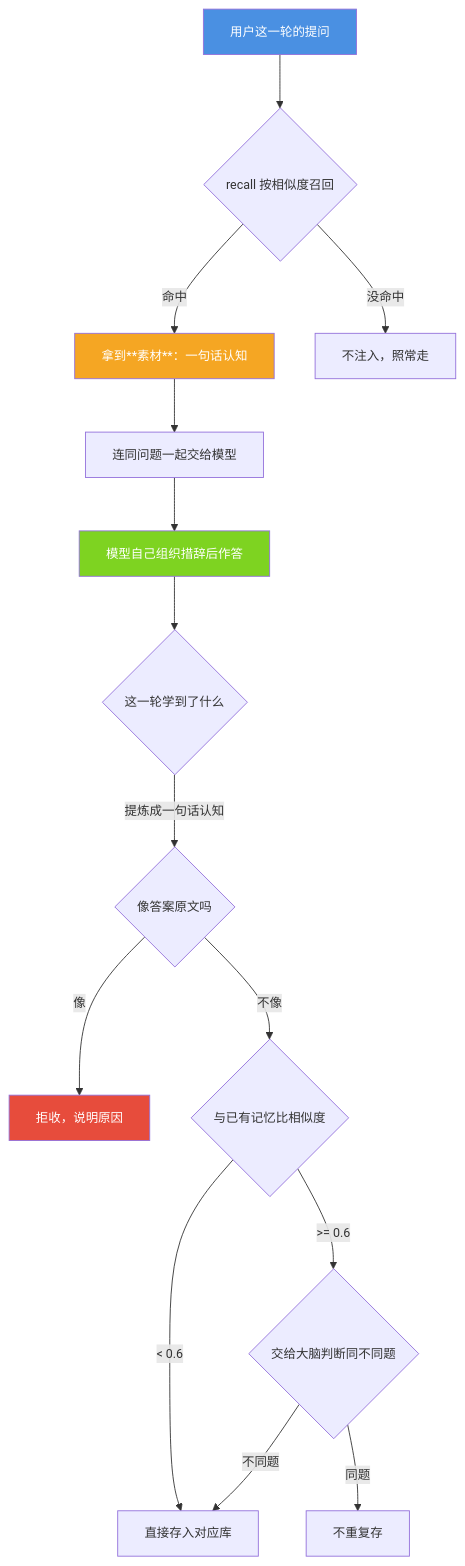
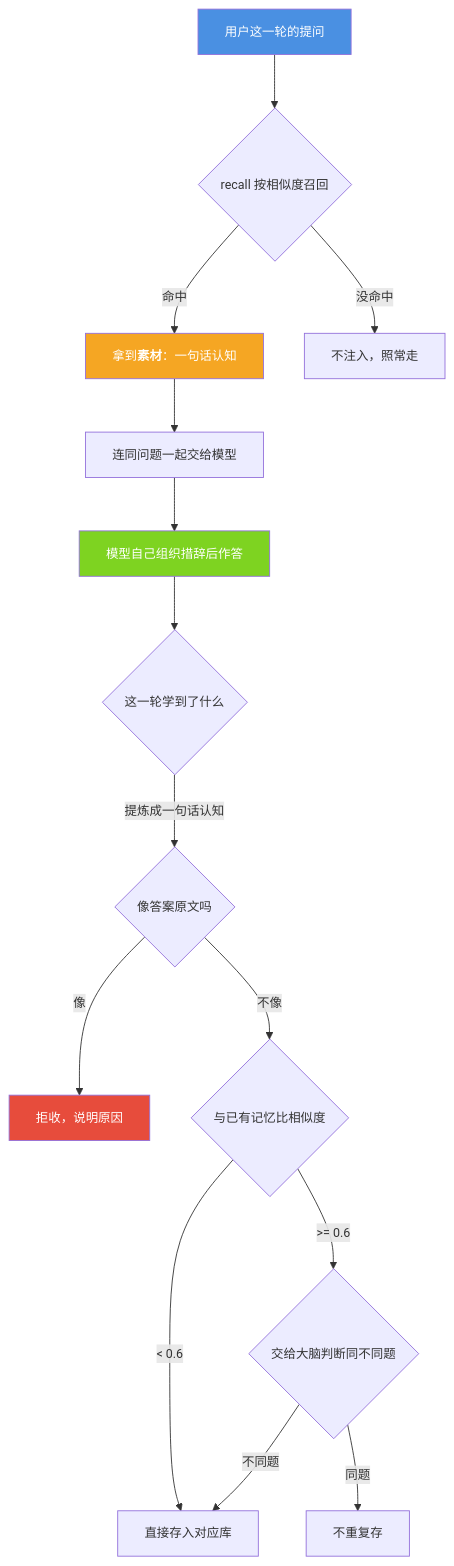
The diagram in docs/spirit-memory.md (jiangchuangege/xiaojiao-harnees), drawn with Mermaid before and after one commit. The commit also changed 18 other files, not shown here.

Commit message:
修渲染缺陷：Mermaid 里 43 处 ** 换成可渲染的 <b>（Mermaid 不解析 Markdown 加粗，图里原样显示星号）；去掉列表里嵌套的 json 围栏；新增 check_render.py 并接入 CI

````diff
--- a/docs/spirit-memory.md
+++ b/docs/spirit-memory.md
@@ -50,22 +50,22 @@
 ```mermaid
 %%{init: {"themeVariables": {"fontSize": "14px"}, "flowchart": {"htmlLabels": true, "wrappingWidth": 340, "nodeSpacing": 46, "rankSpacing": 60, "useMaxWidth": true}}}%%
 flowchart TB
     Q["用户这一轮的提问"] --> R{"recall 按相似度召回"}
-    R -->|"命中"| M["拿到**素材**：一句话认知"]
+    R -->|"命中"| M["拿到<b>素材</b>：一句话认知"]
     R -->|"没命中"| N["不注入，照常走"]
     M --> L["连同问题一起交给模型"]
     L --> A["模型自己组织措辞后作答"]
     A --> X{"这一轮学到了什么"}
     X -->|"提炼成一句话认知"| G{"像答案原文吗"}
     G -->|"像"| RE["拒收，说明原因"]
     G -->|"不像"| S{"与已有记忆比相似度"}
     S -->|"< 0.6"| ADD["直接存入对应库"]
     S -->|">= 0.6"| J{"交给大脑判断同不同题"}
     J -->|"同题"| DUP["不重复存"]
     J -->|"不同题"| ADD
 
     style Q fill:#4A90E2,color:#fff
     style A fill:#7ED321,color:#fff
     style RE fill:#E74C3C,color:#fff
     style M fill:#F5A623,color:#fff
 ```
````
